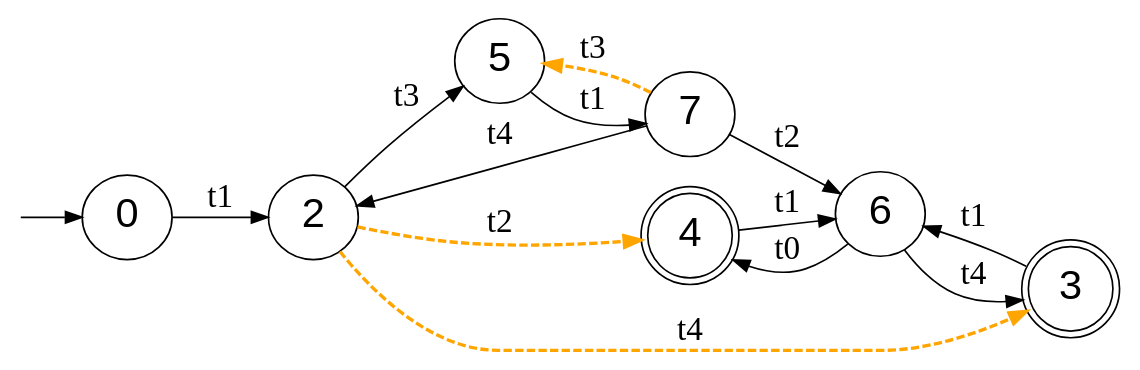
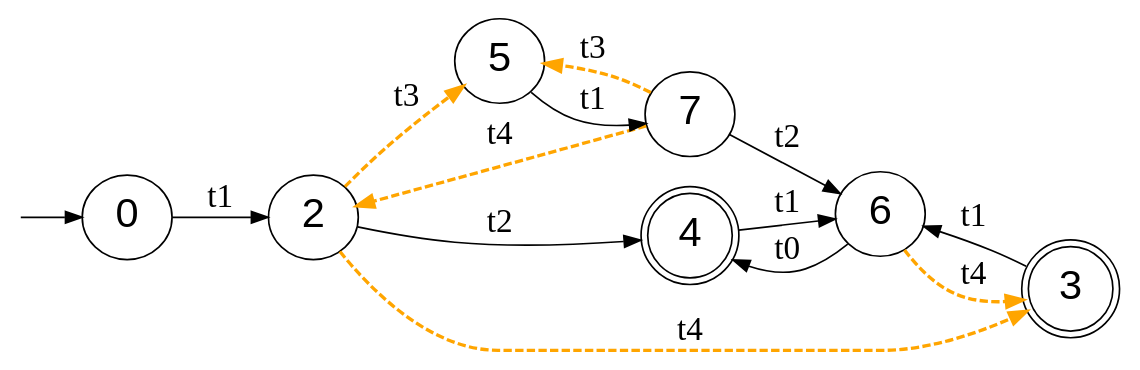
Before and after one commit to jimka2001/clojure-rte: the diagram in doc/reClojure.2025/reclojure.2025.slides.dot/p4-p3.dot, drawn with Graphviz. The commit also changed 2 other files, not shown here.

```diff
--- a/doc/reClojure.2025/reclojure.2025.slides.dot/p4-p3.dot
+++ b/doc/reClojure.2025/reclojure.2025.slides.dot/p4-p3.dot
@@ -1,32 +1,32 @@
 digraph G {
   fontname=courier;
   rankdir=LR; graph[labeljust=l,nojustify=true]
   node [fontname=Arial, fontsize=25];
   edge [fontsize=20];
 // Initial state
 I0 [label="", style=invis, width=0]
 I0 -> 1;
 // 2 final states
 // all 8 states
 0 [shape=doublecircle, label="4"]
 1 [label="0"]
 2 [label="7"]
 3 [label="2"]
 4 [label="5"]
 6 [label="6"]
 5 [shape=doublecircle, label="3"]
 
 
 0 -> 6 [label="t1"]
 1 -> 3 [label="t1"]
 2 -> 6 [label="t2"]
 2 -> 4 [penwidth=2.0,label="t3",color=orange,style=dashed]
-2 -> 3 [label="t4"]
-3 -> 0 [penwidth=2.0,label="t2",color=orange,style=dashed]
-3 -> 4 [label="t3"]
+2 -> 3 [penwidth=2.0,color=orange,style=dashed,label="t4"]
+3 -> 0 [label="t2"]
+3 -> 4 [penwidth=2.0,color=orange,style=dashed,label="t3"]
 3 -> 5 [penwidth=2.0,color=orange,style=dashed,label="t4"]
 4 -> 2 [label="t1"]
 5 -> 6 [label="t1"]
 6 -> 0 [label="t0"]
-6 -> 5 [label="t4"]
+6 -> 5 [penwidth=2.0,color=orange,style=dashed,label="t4"]
 }
```
